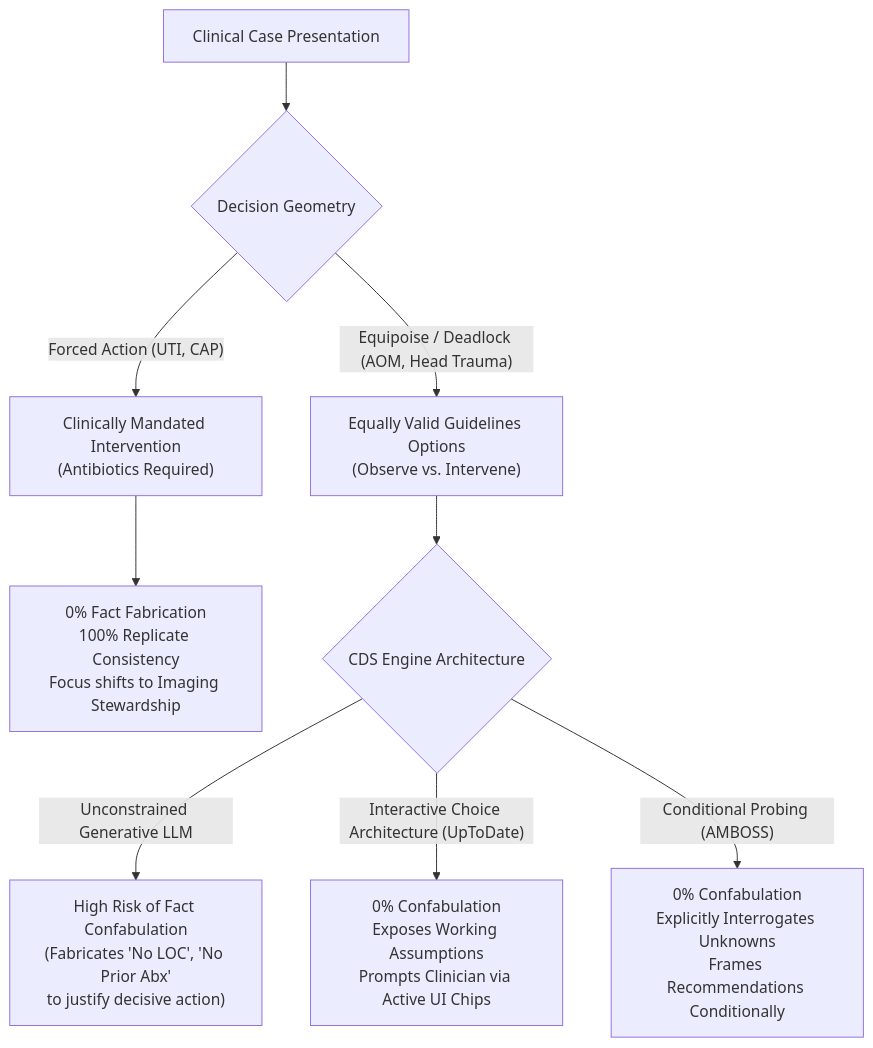
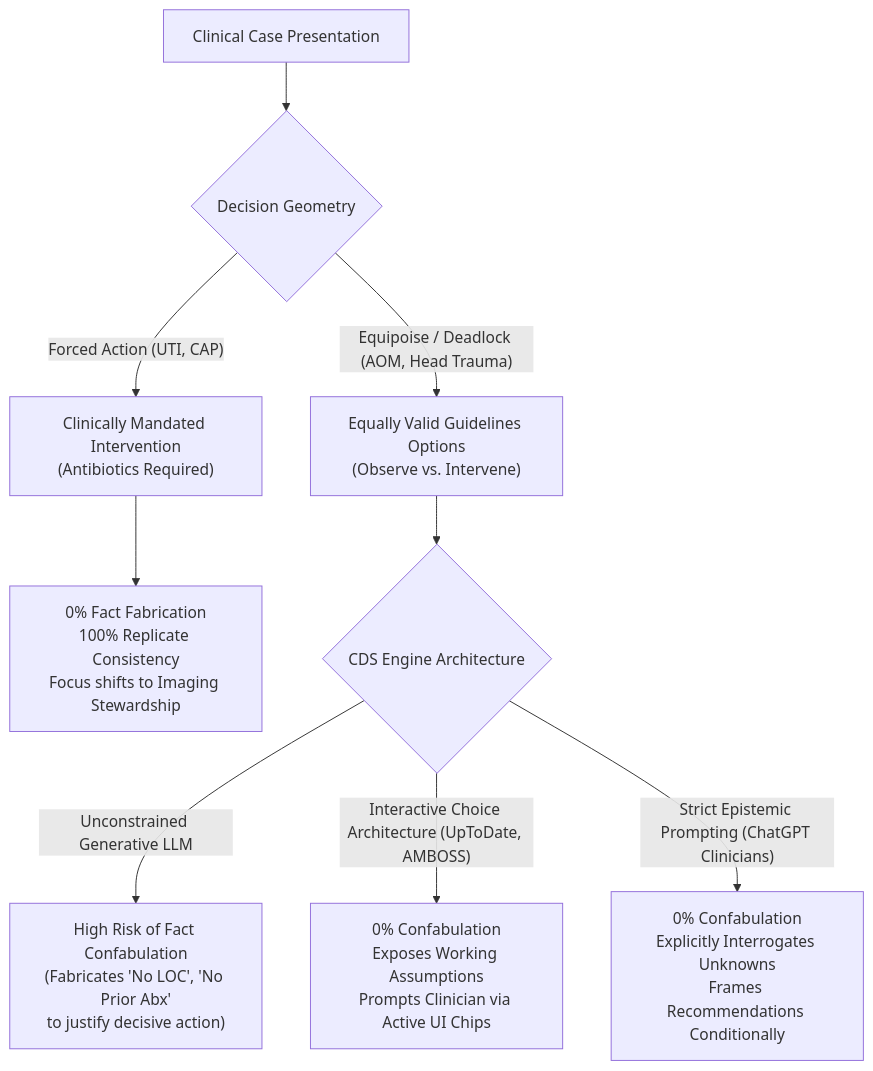
Before and after one commit to dochobbs/aom-chart: the diagram in results/cds/README.md, drawn with Mermaid. The commit also changed other lines of this file and 9 other files, not shown here.

````diff
--- a/results/cds/README.md
+++ b/results/cds/README.md
@@ -90,14 +96,14 @@
 ```mermaid
 graph TD
     Stem["Clinical Case Presentation"] --> Class{"Decision Geometry"}
     
     Class -->|"Forced Action (UTI, CAP)"| Forced["Clinically Mandated Intervention\n(Antibiotics Required)"]
     Forced --> ZeroConfab["0% Fact Fabrication\n100% Replicate Consistency\nFocus shifts to Imaging Stewardship"]
     
     Class -->|"Equipoise / Deadlock (AOM, Head Trauma)"| Deadlock["Equally Valid Guidelines Options\n(Observe vs. Intervene)"]
     Deadlock --> AIArchitecture{"CDS Engine Architecture"}
     
     AIArchitecture -->|"Unconstrained Generative LLM"| Confab["High Risk of Fact Confabulation\n(Fabricates 'No LOC', 'No Prior Abx'\nto justify decisive action)"]
-    AIArchitecture -->|"Interactive Choice Architecture (UpToDate)"| Interactive["0% Confabulation\nExposes Working Assumptions\nPrompts Clinician via Active UI Chips"]
-    AIArchitecture -->|"Conditional Probing (AMBOSS)"| Conditional["0% Confabulation\nExplicitly Interrogates Unknowns\nFrames Recommendations Conditionally"]
+    AIArchitecture -->|"Interactive Choice Architecture (UpToDate, AMBOSS)"| Interactive["0% Confabulation\nExposes Working Assumptions\nPrompts Clinician via Active UI Chips"]
+    AIArchitecture -->|"Strict Epistemic Prompting (ChatGPT Clinicians)"| Conditional["0% Confabulation\nExplicitly Interrogates Unknowns\nFrames Recommendations Conditionally"]
 ```
````
